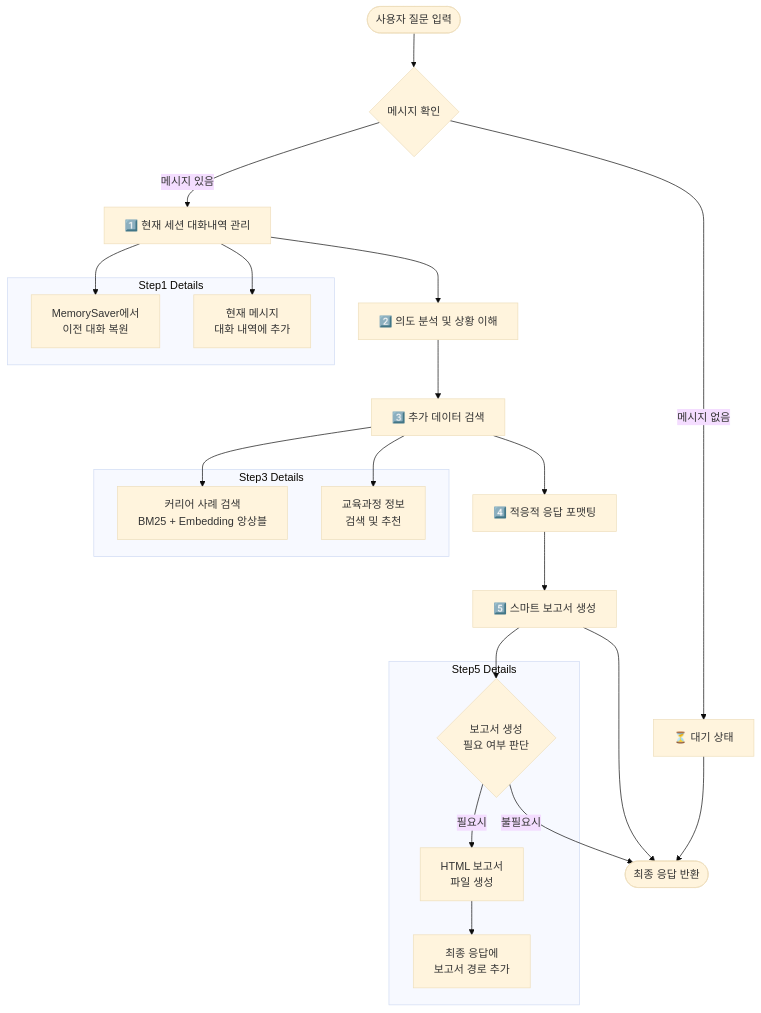
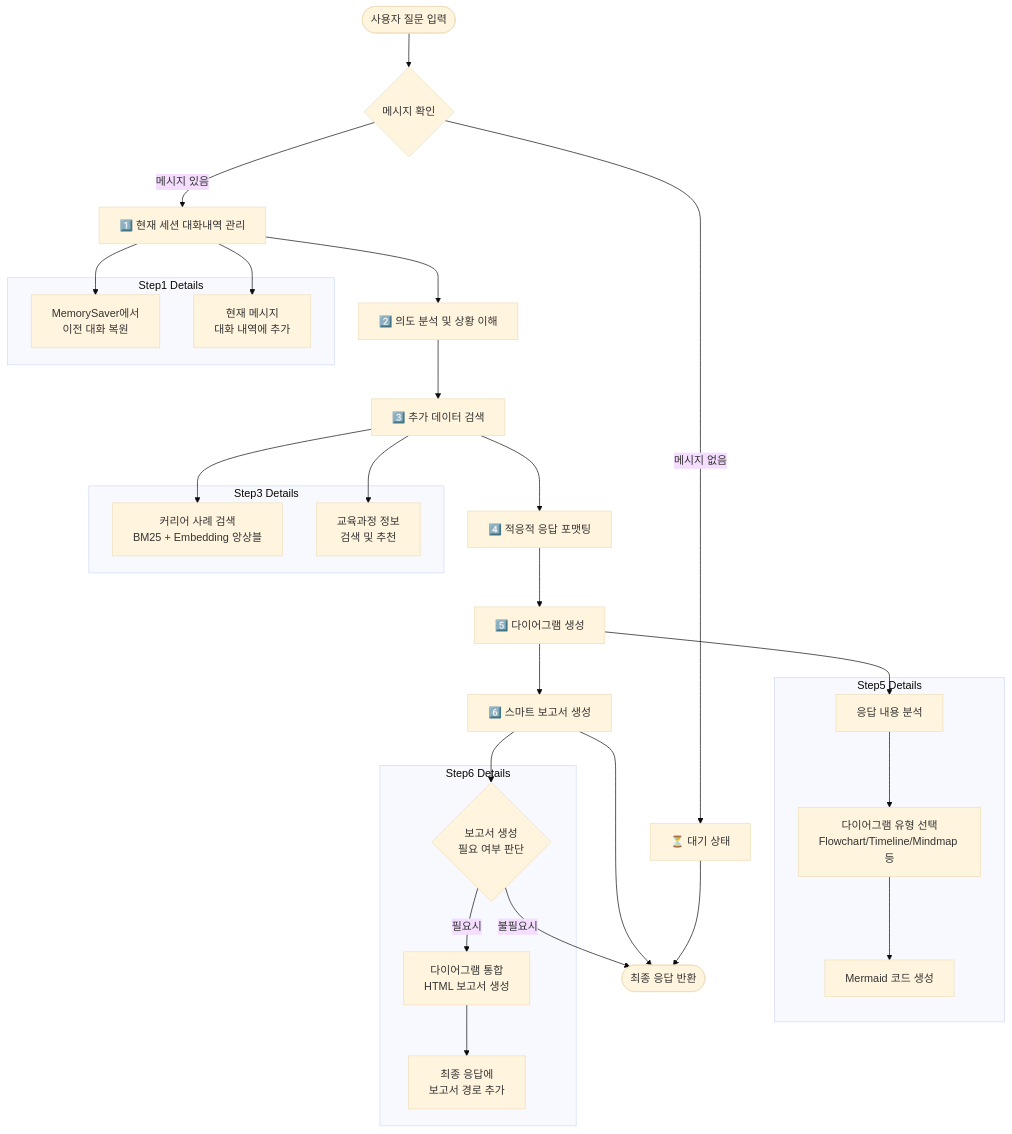
Before and after one commit to SK4toB/g-navi-ai-api: the second of 5 diagrams in README.md, drawn with Mermaid (base theme). The commit also changed other lines of this file, not shown here.

Commit message:
docs: mermaid agent 설명추가2(ref #39)

````diff
--- a/README.md
+++ b/README.md
@@ -87,38 +87,48 @@
 ```mermaid
 flowchart TD
     Start([사용자 질문 입력]) --> Check{메시지 확인}
     Check -->|메시지 있음| Step1[1️⃣ 현재 세션 대화내역 관리]
     Check -->|메시지 없음| Wait[⏳ 대기 상태]
     
     Step1 --> Step2[2️⃣ 의도 분석 및 상황 이해]
     Step2 --> Step3[3️⃣ 추가 데이터 검색]
     Step3 --> Step4[4️⃣ 적응적 응답 포맷팅]
-    Step4 --> Step5[5️⃣ 스마트 보고서 생성]
-    Step5 --> End([최종 응답 반환])
+    Step4 --> Step5[5️⃣ 다이어그램 생성]
+    Step5 --> Step6[6️⃣ 스마트 보고서 생성]
+    Step6 --> End([최종 응답 반환])
     Wait --> End
     
     subgraph "Step1 Details"
         Step1A[MemorySaver에서<br/>이전 대화 복원]
         Step1B[현재 메시지<br/>대화 내역에 추가]
     end
     
     subgraph "Step3 Details"
         Step3A[커리어 사례 검색<br/>BM25 + Embedding 앙상블]
         Step3C[교육과정 정보<br/>검색 및 추천]
     end
     
     subgraph "Step5 Details"
-        Step5A{보고서 생성<br/>필요 여부 판단}
-        Step5B[HTML 보고서<br/>파일 생성]
-        Step5C[최종 응답에<br/>보고서 경로 추가]
+        Step5A[응답 내용 분석]
+        Step5B[다이어그램 유형 선택<br/>Flowchart/Timeline/Mindmap 등]
+        Step5C[Mermaid 코드 생성]
+    end
+    
+    subgraph "Step6 Details"
+        Step6A{보고서 생성<br/>필요 여부 판단}
+        Step6B[다이어그램 통합<br/>HTML 보고서 생성]
+        Step6C[최종 응답에<br/>보고서 경로 추가]
     end
     
     Step1 --> Step1A
     Step1 --> Step1B
     Step3 --> Step3A
     Step3 --> Step3C
     Step5 --> Step5A
-    Step5A -->|필요시| Step5B
+    Step5A --> Step5B
     Step5B --> Step5C
-    Step5A -->|불필요시| End
+    Step6 --> Step6A
+    Step6A -->|필요시| Step6B
+    Step6B --> Step6C
+    Step6A -->|불필요시| End
 ```
````
